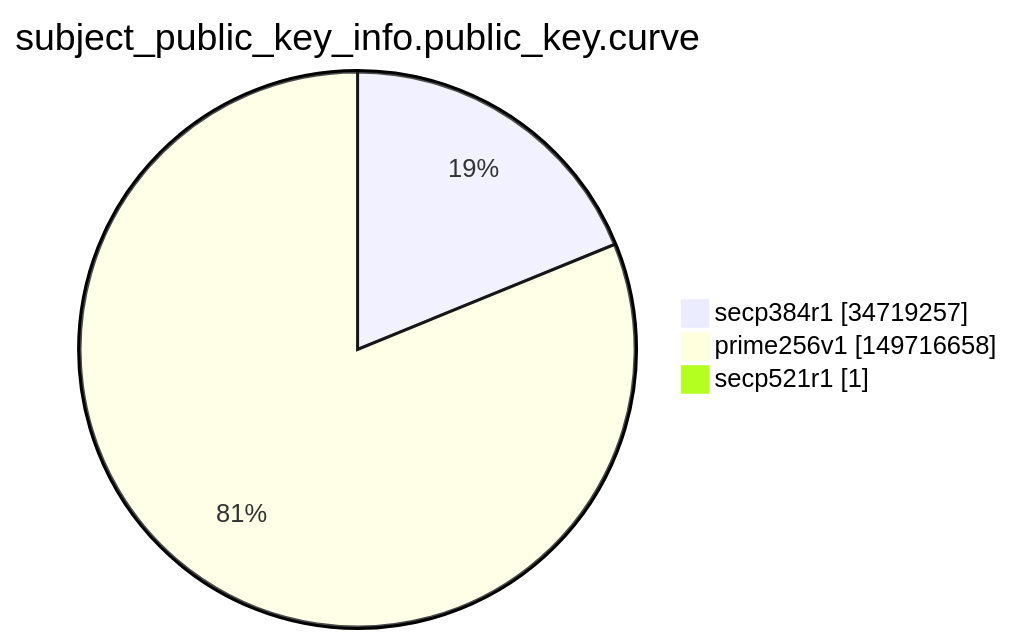
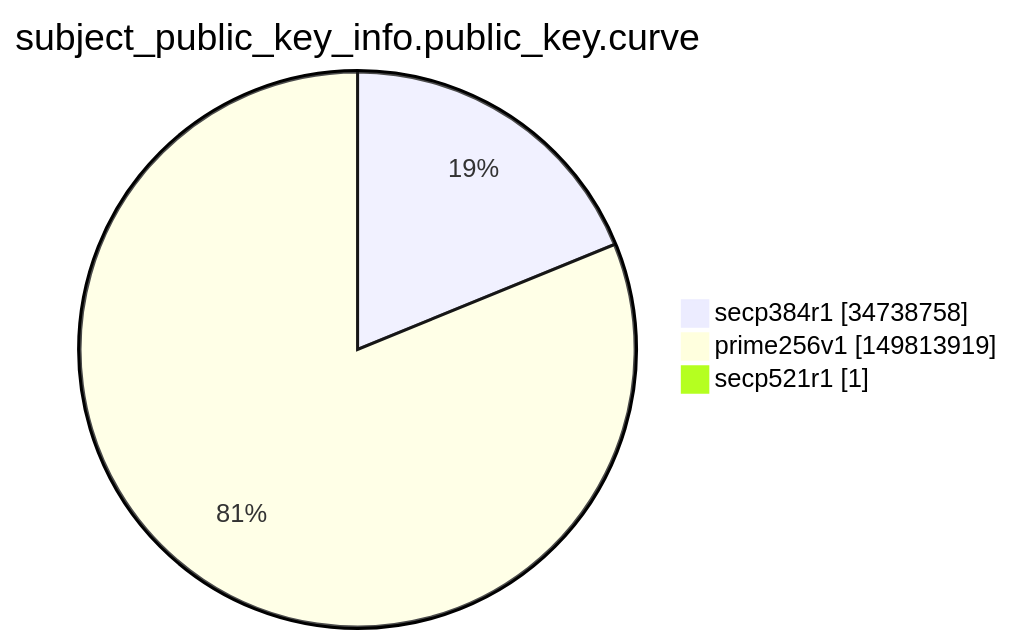
One commit to christiankrug/ctmonitor_visualization changed the ninth of 15 diagrams in argon2022/README.md. Above: the diagram before and after it, drawn with Mermaid. The commit also changed other lines of this file, not shown here.

````diff
--- a/argon2022/README.md
+++ b/argon2022/README.md
@@ -2764,7 +2765,7 @@
 ```mermaid
 pie showData
 title subject_public_key_info.public_key.curve
-"secp384r1" :34719257
-"prime256v1" :149716658
+"secp384r1" :34738758
+"prime256v1" :149813919
 "secp521r1" :1
 ```
````
